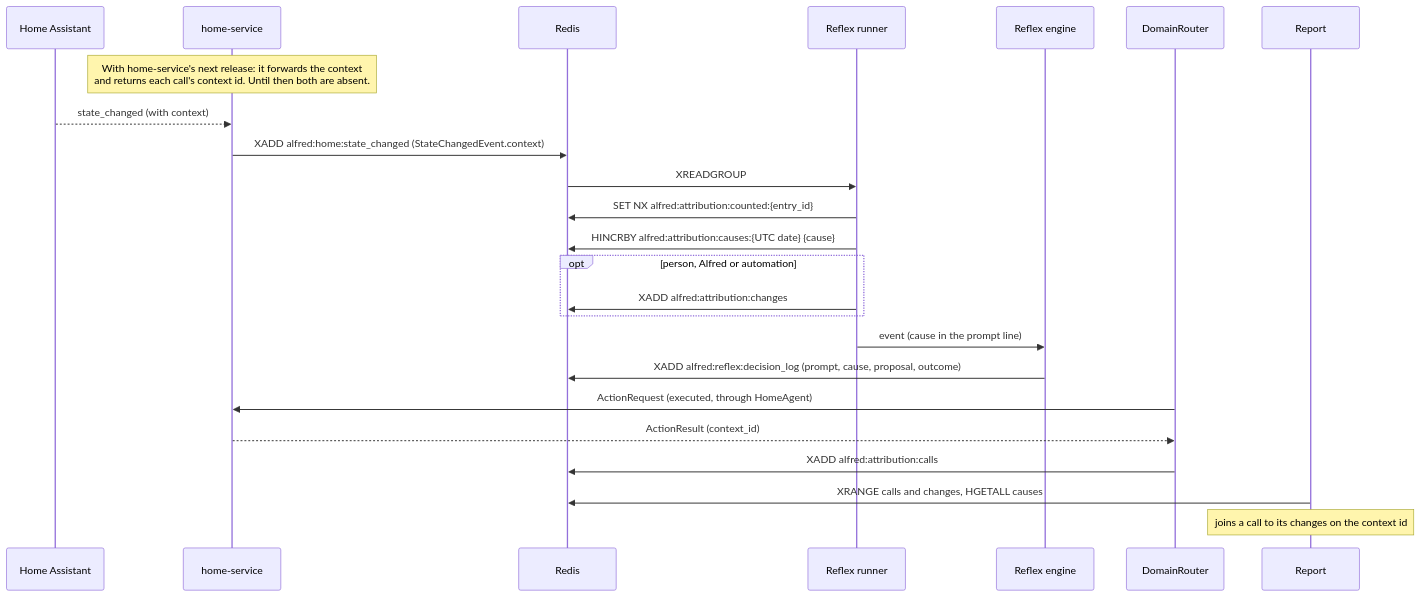
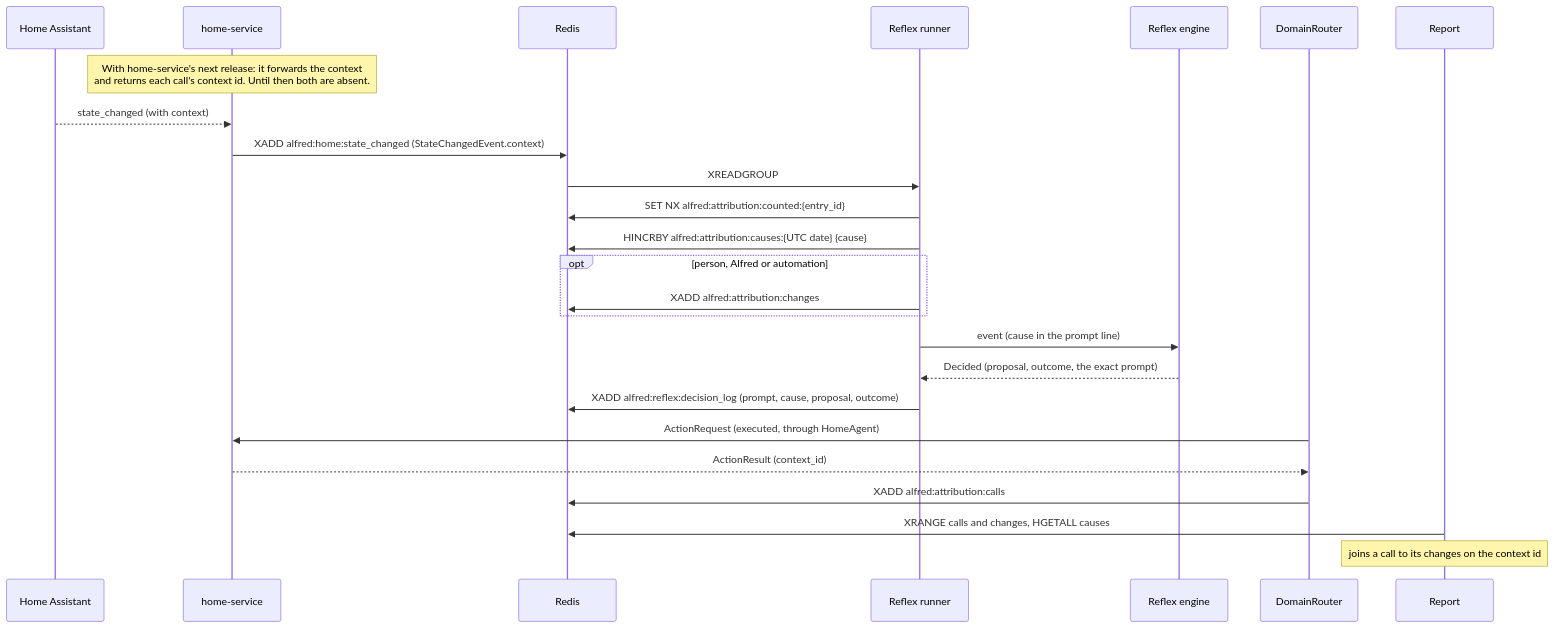
One commit to anirudhlath/alfred changed the diagram in docs/attribution.md. Above: the diagram before and after it, drawn with Mermaid. The commit also changed 12 other files, not shown here.

First line of the commit message:
refactor(reflex): one decision-recording step; compare-and-delete prune

````diff
--- a/docs/attribution.md
+++ b/docs/attribution.md
@@ -40,27 +40,28 @@
 ```mermaid
 sequenceDiagram
     participant HA as Home Assistant
     participant HS as home-service
     participant R as Redis
     participant Rt as Reflex runner
     participant E as Reflex engine
     participant D as DomainRouter
     participant Rep as Report
 
     Note over HS: With home-service's next release: it forwards the context<br/>and returns each call's context id. Until then both are absent.
     HA-->>HS: state_changed (with context)
     HS->>R: XADD alfred:home:state_changed (StateChangedEvent.context)
     R->>Rt: XREADGROUP
     Rt->>R: SET NX alfred:attribution:counted:{entry_id}
     Rt->>R: HINCRBY alfred:attribution:causes:{UTC date} {cause}
     opt person, Alfred or automation
         Rt->>R: XADD alfred:attribution:changes
     end
     Rt->>E: event (cause in the prompt line)
-    E->>R: XADD alfred:reflex:decision_log (prompt, cause, proposal, outcome)
+    E-->>Rt: Decided (proposal, outcome, the exact prompt)
+    Rt->>R: XADD alfred:reflex:decision_log (prompt, cause, proposal, outcome)
     D->>HS: ActionRequest (executed, through HomeAgent)
     HS-->>D: ActionResult (context_id)
     D->>R: XADD alfred:attribution:calls
     Rep->>R: XRANGE calls and changes, HGETALL causes
     Note over Rep: joins a call to its changes on the context id
 ```
````
